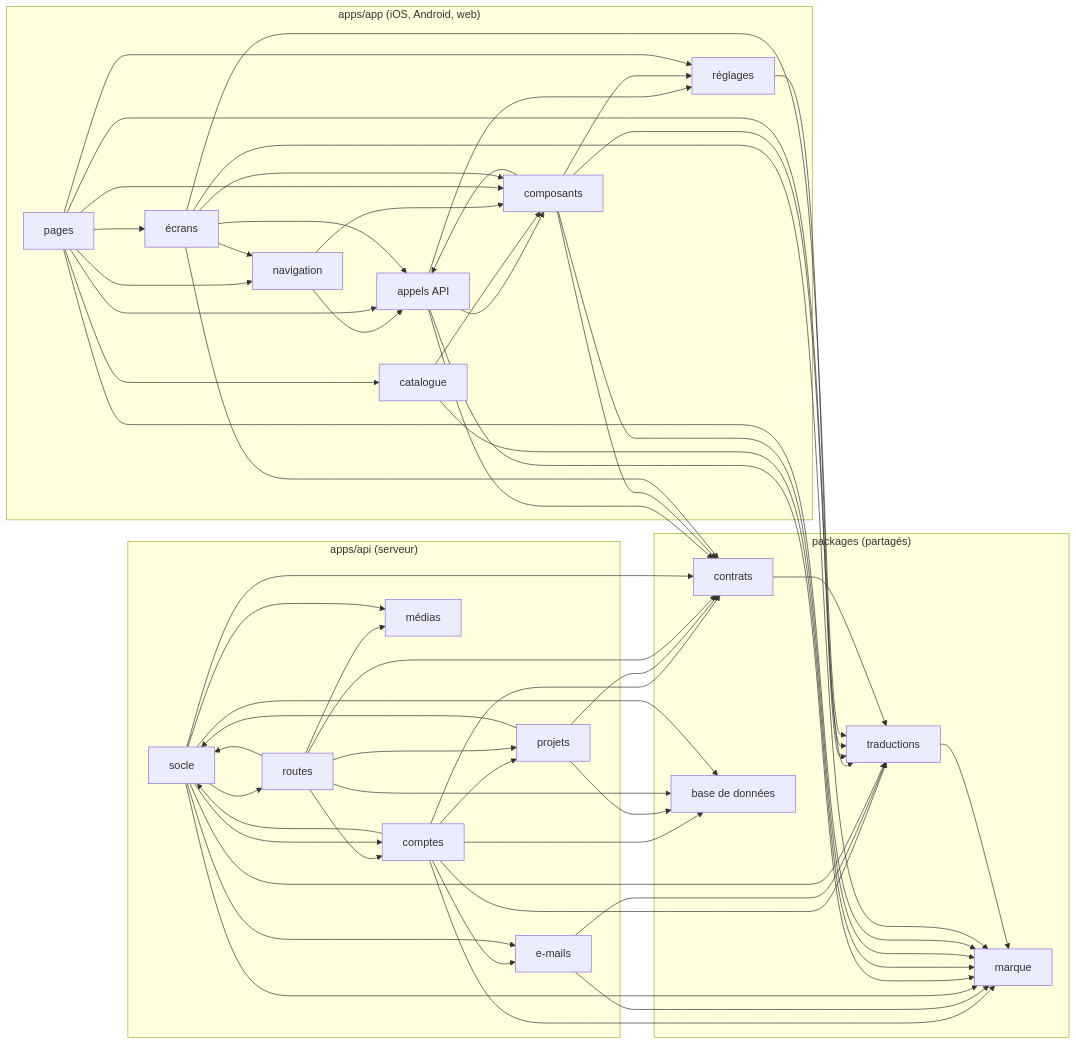
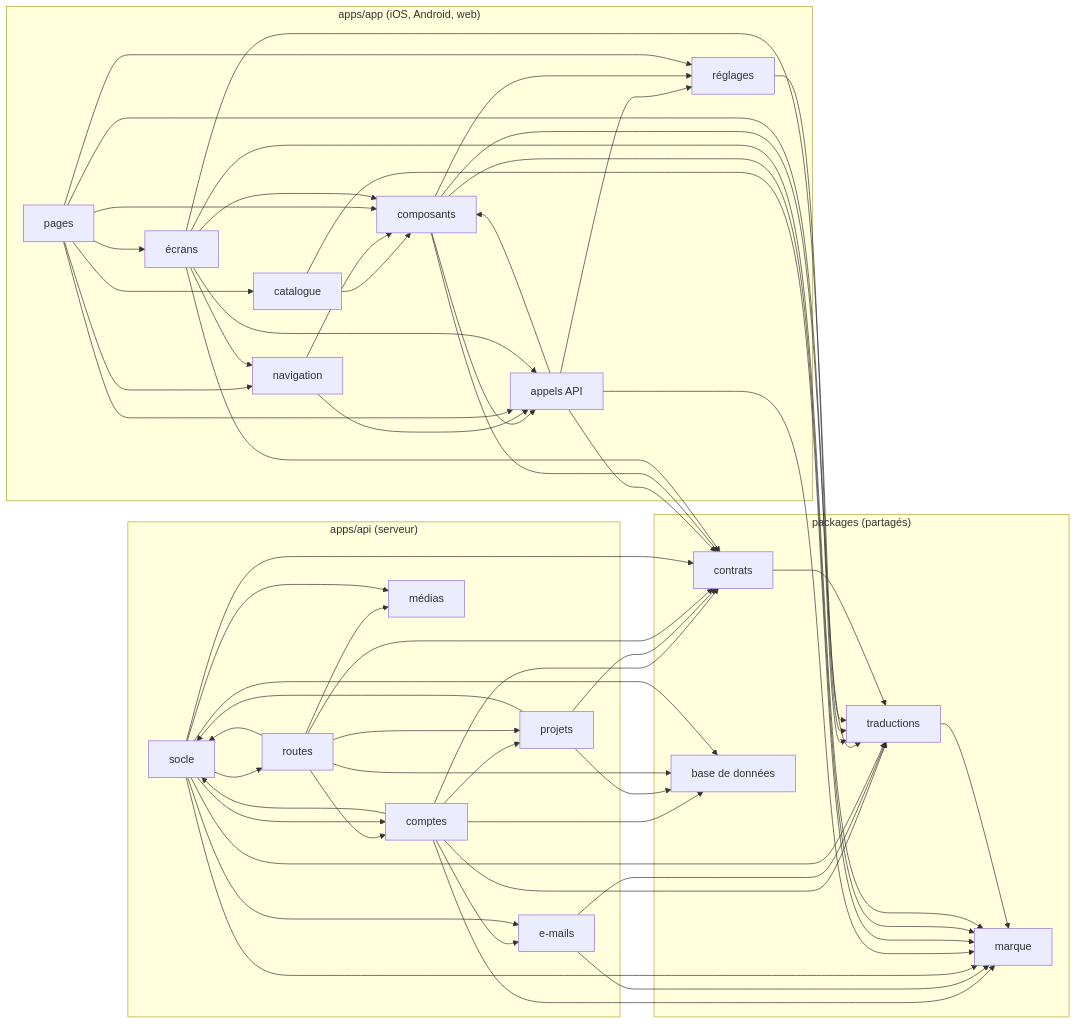
One commit to EthogramHQ/Waiggle changed the diagram in docs/architecture/dependances.md. Above: the diagram before and after it, drawn with Mermaid. The commit also changed 32 other files, not shown here.

````diff
--- a/docs/architecture/dependances.md
+++ b/docs/architecture/dependances.md
@@ -7,82 +7,81 @@
 ```mermaid
 flowchart LR
   subgraph appli["apps/app (iOS, Android, web)"]
+    n2["composants"]
     n0["pages"]
     n5["appels API"]
     n7["réglages"]
-    n2["composants"]
     n4["navigation"]
     n1["écrans"]
     n3["catalogue"]
   end
   subgraph api["apps/api (serveur)"]
     n14["socle"]
     n9["comptes"]
     n10["projets"]
     n8["routes"]
     n11["médias"]
     n12["e-mails"]
   end
   subgraph paquets["packages (partagés)"]
     n17["traductions"]
     n18["marque"]
     n15["contrats"]
     n16["base de données"]
   end
   n9 --> n12
   n9 --> n10
   n9 --> n14
   n9 --> n16
   n9 --> n15
   n9 --> n18
   n9 --> n17
   n12 --> n18
   n12 --> n17
   n10 --> n14
   n10 --> n16
   n10 --> n15
   n8 --> n9
   n8 --> n11
   n8 --> n10
   n8 --> n14
   n8 --> n16
   n8 --> n15
   n14 --> n9
   n14 --> n12
   n14 --> n11
   n14 --> n8
   n14 --> n16
   n14 --> n15
   n14 --> n18
   n14 --> n17
   n5 --> n2
   n5 --> n7
   n5 --> n15
   n5 --> n18
   n3 --> n2
   n3 --> n18
   n2 --> n5
   n2 --> n7
   n2 --> n15
   n2 --> n18
   n2 --> n17
   n4 --> n5
   n4 --> n2
   n0 --> n5
   n0 --> n3
   n0 --> n2
   n0 --> n4
   n0 --> n7
   n0 --> n1
-  n0 --> n18
   n0 --> n17
   n7 --> n17
   n1 --> n5
   n1 --> n2
   n1 --> n4
   n1 --> n15
   n1 --> n18
   n1 --> n17
   n15 --> n17
   n17 --> n18
 ```
````
